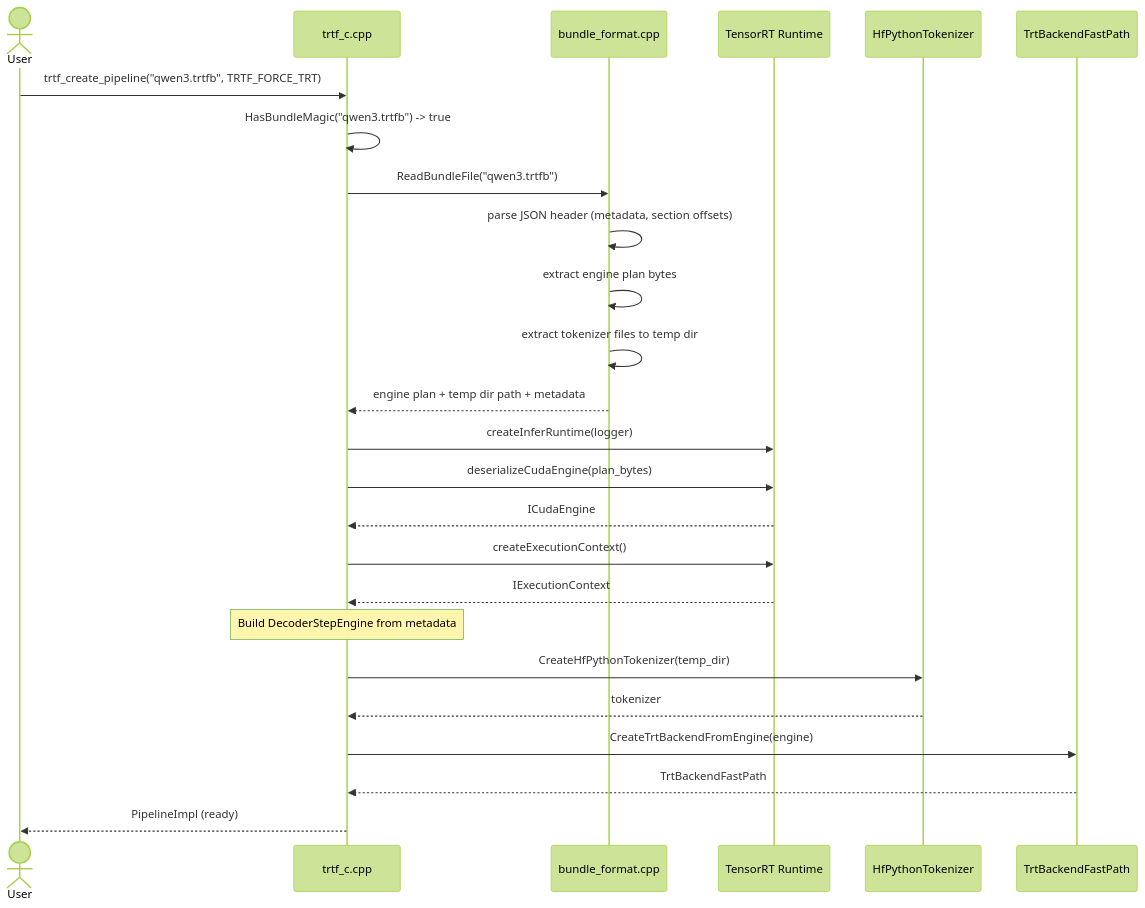
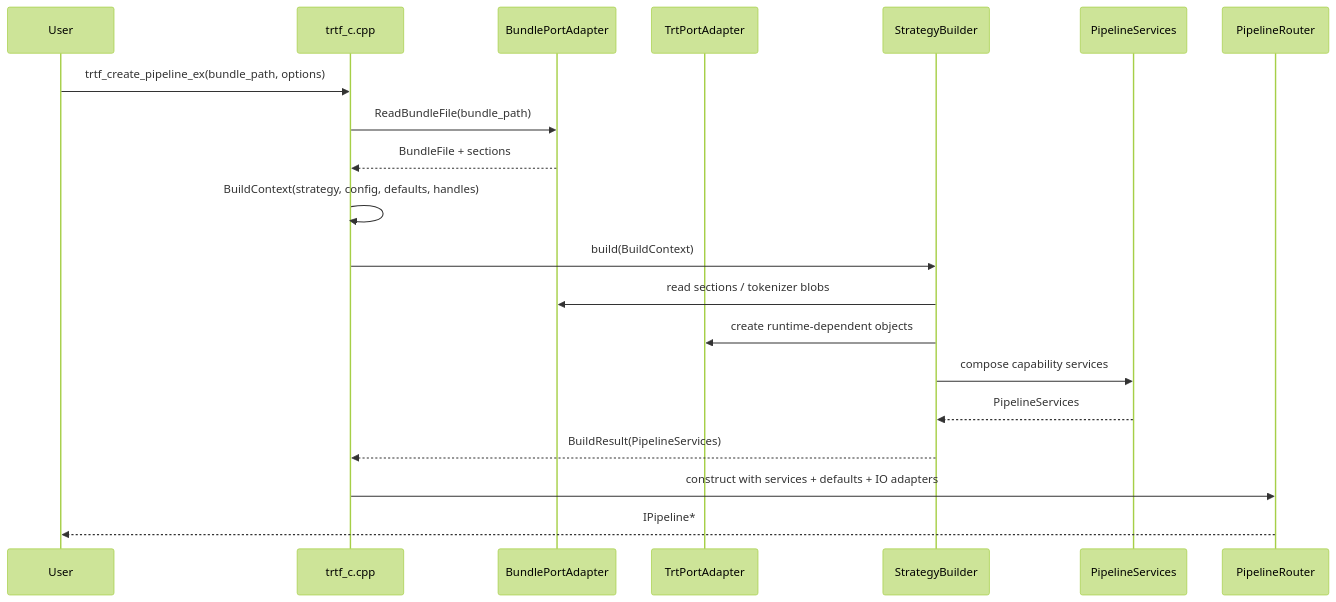
One commit to AbishekCoder1/TensorRT-Model-Connect changed the second of 4 diagrams in docs/wiki/Dynamic-Design.md. Above: the diagram before and after it, drawn with Mermaid (forest theme). The commit also changed other lines of this file and 281 other files, not shown here.

````diff
--- a/docs/wiki/Dynamic-Design.md
+++ b/docs/wiki/Dynamic-Design.md
@@ -79,35 +27,23 @@
 ```mermaid
 sequenceDiagram
-    actor User
+    participant User
     participant CABI as trtf_c.cpp
-    participant BF as bundle_format.cpp
-    participant TRT as TensorRT Runtime
-    participant Tok as HfPythonTokenizer
-    participant BE as TrtBackendFastPath
+    participant Bundle as BundlePortAdapter
+    participant TRT as TrtPortAdapter
+    participant Builder as StrategyBuilder
+    participant Services as PipelineServices
+    participant Router as PipelineRouter
 
-    User->>CABI: trtf_create_pipeline("qwen3.trtfb", TRTF_FORCE_TRT)
-
-    CABI->>CABI: HasBundleMagic("qwen3.trtfb") -> true
-
-    CABI->>BF: ReadBundleFile("qwen3.trtfb")
-    BF->>BF: parse JSON header (metadata, section offsets)
-    BF->>BF: extract engine plan bytes
-    BF->>BF: extract tokenizer files to temp dir
-    BF-->>CABI: engine plan + temp dir path + metadata
-
-    CABI->>TRT: createInferRuntime(logger)
-    CABI->>TRT: deserializeCudaEngine(plan_bytes)
-    TRT-->>CABI: ICudaEngine
-    CABI->>TRT: createExecutionContext()
-    TRT-->>CABI: IExecutionContext
-
-    Note over CABI: Build DecoderStepEngine from metadata
-
-    CABI->>Tok: CreateHfPythonTokenizer(temp_dir)
-    Tok-->>CABI: tokenizer
-
-    CABI->>BE: CreateTrtBackendFromEngine(engine)
-    BE-->>CABI: TrtBackendFastPath
-
-    CABI-->>User: PipelineImpl (ready)
+    User->>CABI: trtf_create_pipeline_ex(bundle_path, options)
+    CABI->>Bundle: ReadBundleFile(bundle_path)
+    Bundle-->>CABI: BundleFile + sections
+    CABI->>CABI: BuildContext(strategy, config, defaults, handles)
+    CABI->>Builder: build(BuildContext)
+    Builder->>Bundle: read sections / tokenizer blobs
+    Builder->>TRT: create runtime-dependent objects
+    Builder->>Services: compose capability services
+    Services-->>Builder: PipelineServices
+    Builder-->>CABI: BuildResult(PipelineServices)
+    CABI->>Router: construct with services + defaults + IO adapters
+    Router-->>User: IPipeline*
 ```
````
